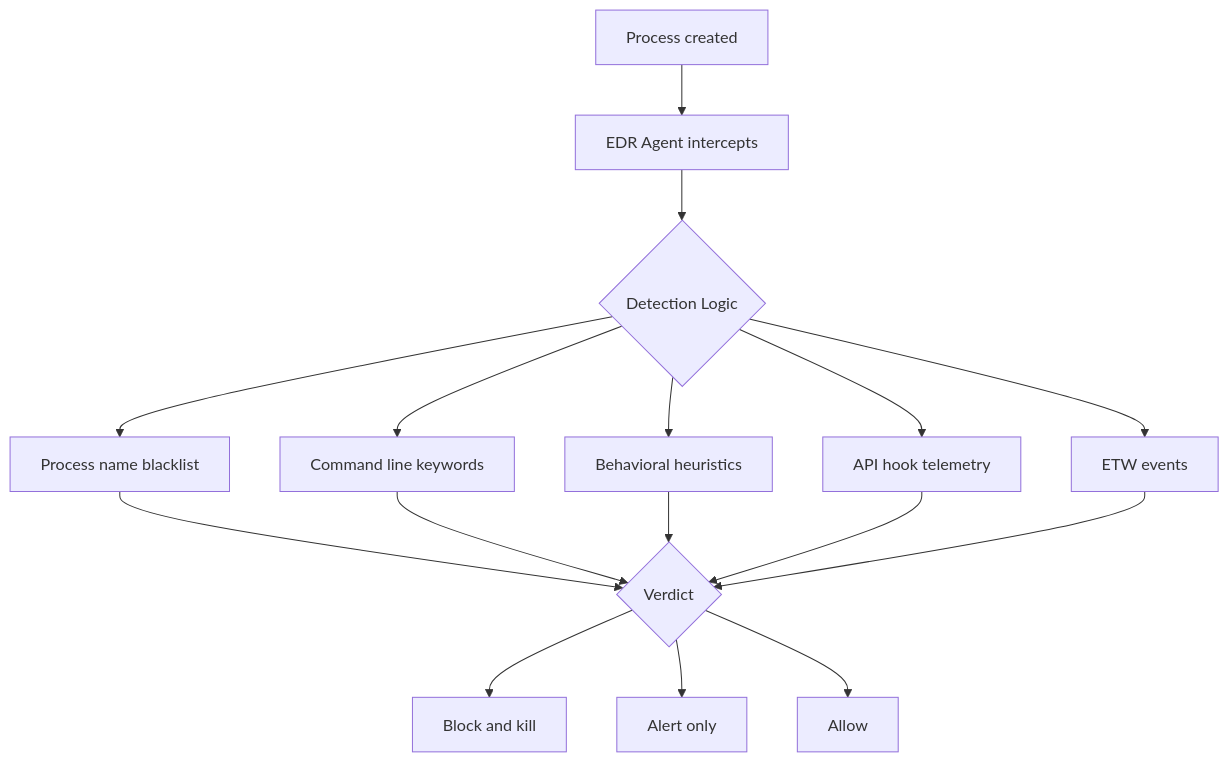
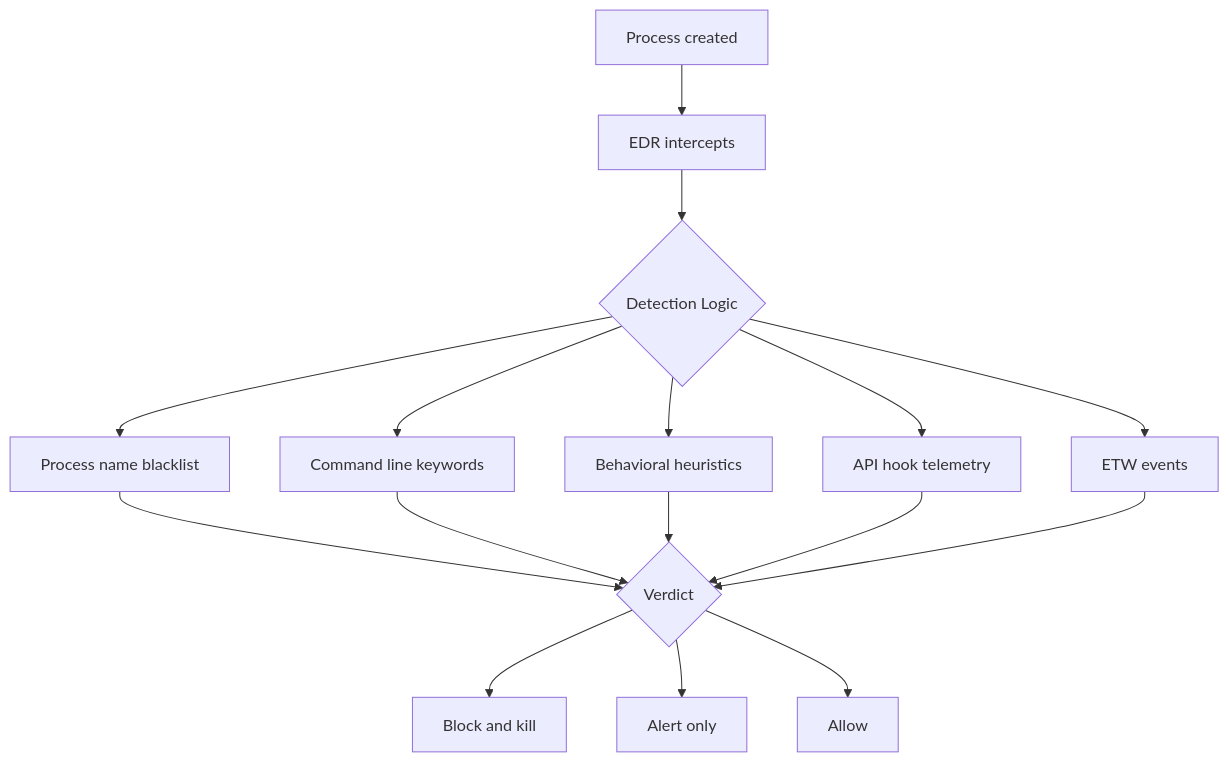
The first of 5 diagrams in _posts/2026-07-16-MostShittyEDR-post.md (BenjiTrapp/benjitrapp.github.io), drawn with Mermaid before and after one commit. The commit also changed other lines of this file and 1 other file, not shown here.

```diff
--- a/_posts/2026-07-16-MostShittyEDR-post.md
+++ b/_posts/2026-07-16-MostShittyEDR-post.md
@@ -22,18 +24,18 @@
 <pre class="mermaid">
 graph TD
-    A[Process created] --> B[EDR Agent intercepts]
+    A[Process created] --> B[EDR intercepts]
     B --> C{Detection Logic}
     C --> D[Process name blacklist]
     C --> E[Command line keywords]
     C --> F[Behavioral heuristics]
     C --> G[API hook telemetry]
     C --> H[ETW events]
     D --> I{Verdict}
     E --> I
     F --> I
     G --> I
     H --> I
     I --> J[Block and kill]
     I --> K[Alert only]
     I --> L[Allow]
 </pre>
```
